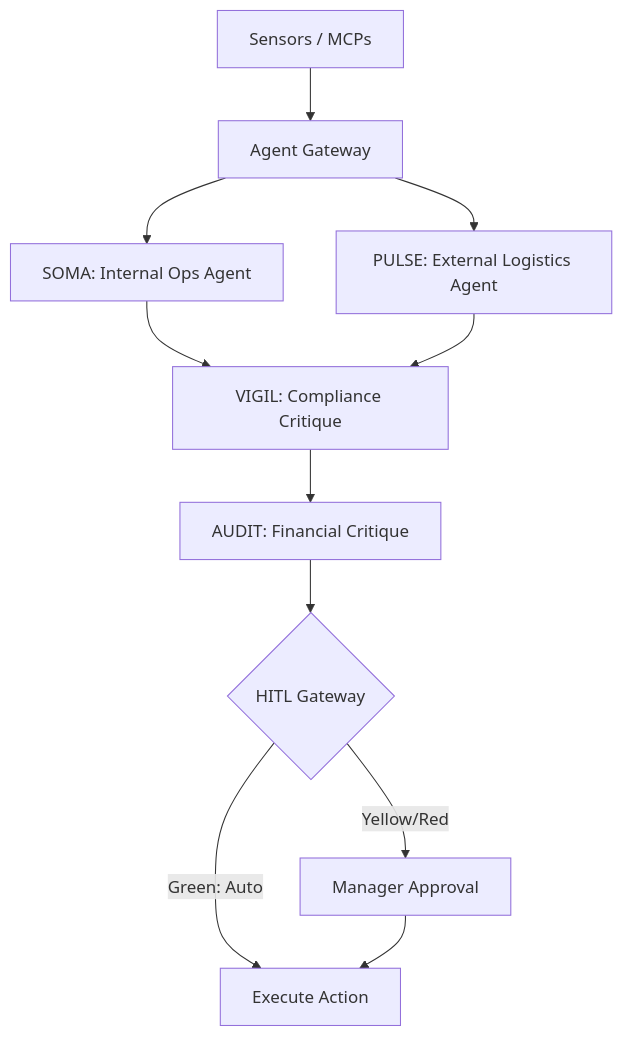
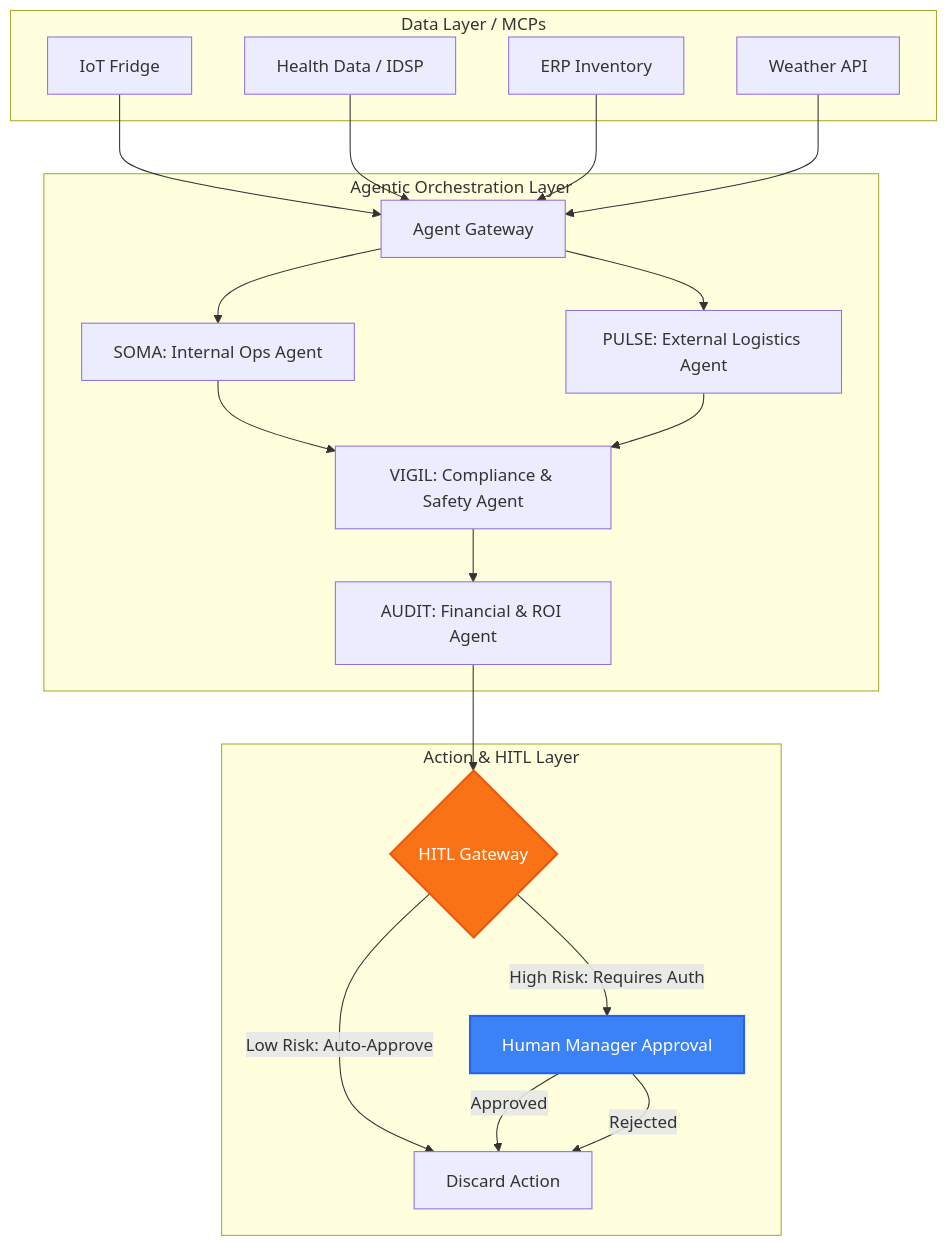
One commit to sompande93/PharmaIQ changed the first of 2 diagrams in README.md. Above: the diagram before and after it, drawn with Mermaid. The commit also changed other lines of this file, not shown here.

````diff
--- a/README.md
+++ b/README.md
@@ -9,16 +44,48 @@
 ```mermaid
 graph TD
-    S[Sensors / MCPs] --> AG[Agent Gateway]
-    AG --> SOMA[SOMA: Internal Ops Agent]
-    AG --> PULSE[PULSE: External Logistics Agent]
+    subgraph Data Layer / MCPs
+        IOT[IoT Fridge]
+        HEALTH[Health Data / IDSP]
+        ERP[ERP Inventory]
+        WEATHER[Weather API]
+    end
+
+    subgraph Agentic Orchestration Layer
+        AG[Agent Gateway]
+        
+        SOMA[SOMA: Internal Ops Agent]
+        PULSE[PULSE: External Logistics Agent]
+        
+        VIGIL[VIGIL: Compliance & Safety Agent]
+        AUDIT[AUDIT: Financial & ROI Agent]
+        
+        AG --> SOMA
+        AG --> PULSE
+        
+        SOMA --> VIGIL
+        PULSE --> VIGIL
+        
+        VIGIL --> AUDIT
+    end
+
+    subgraph Action & HITL Layer
+        HITL{HITL Gateway}
+        EX[Execute Action]
+        Approval[Human Manager Approval]
+    end
+
+    IOT --> AG
+    HEALTH --> AG
+    ERP --> AG
+    WEATHER --> AG
+
+    AUDIT --> HITL
     
-    SOMA --> VIGIL[VIGIL: Compliance Critique]
-    PULSE --> VIGIL
+    HITL -->|Low Risk: Auto-Approve| EX
+    HITL -->|High Risk: Requires Auth| Approval
+    Approval -->|Approved| EX
+    Approval -->|Rejected| EX[Discard Action]
     
-    VIGIL --> AUDIT[AUDIT: Financial Critique]
-    AUDIT --> HITL{HITL Gateway}
-    
-    HITL -->|Green: Auto| EX[Execute Action]
-    HITL -->|Yellow/Red| Approval[Manager Approval]
-    Approval --> EX
+    style HITL fill:#f97316,stroke:#ea580c,stroke-width:2px,color:#fff
+    style Approval fill:#3b82f6,stroke:#2563eb,stroke-width:2px,color:#fff
 ```
````
